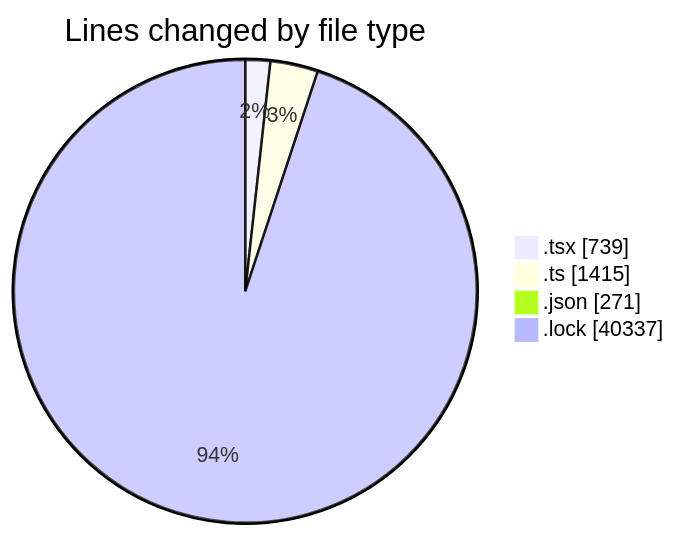
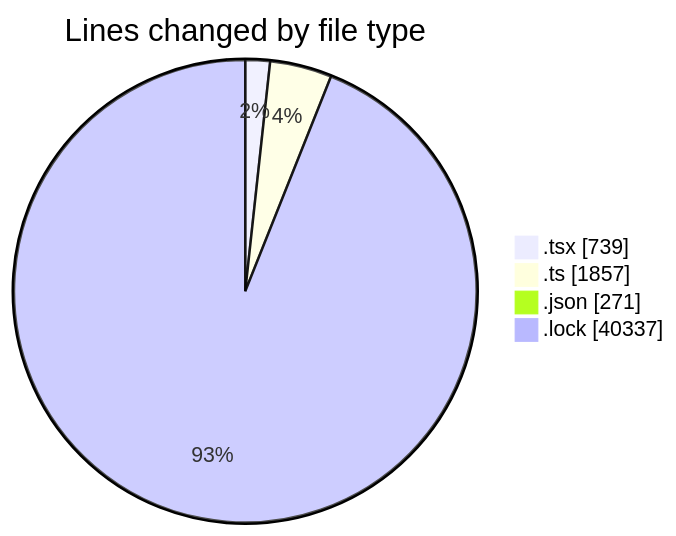
The first of 2 diagrams in 2026-03-27/cda/README.md (momahboobian/code-tracking), drawn with Mermaid before and after one commit. The commit also changed other lines of this file and 1 other file, not shown here.

````diff
--- a/2026-03-27/cda/README.md
+++ b/2026-03-27/cda/README.md
@@ -36,8 +37,8 @@
 ```mermaid
 pie showData
 title Lines changed by file type
 ".tsx" : 739
-".ts" : 1415
+".ts" : 1857
 ".json" : 271
 ".lock" : 40337
 ```
````
